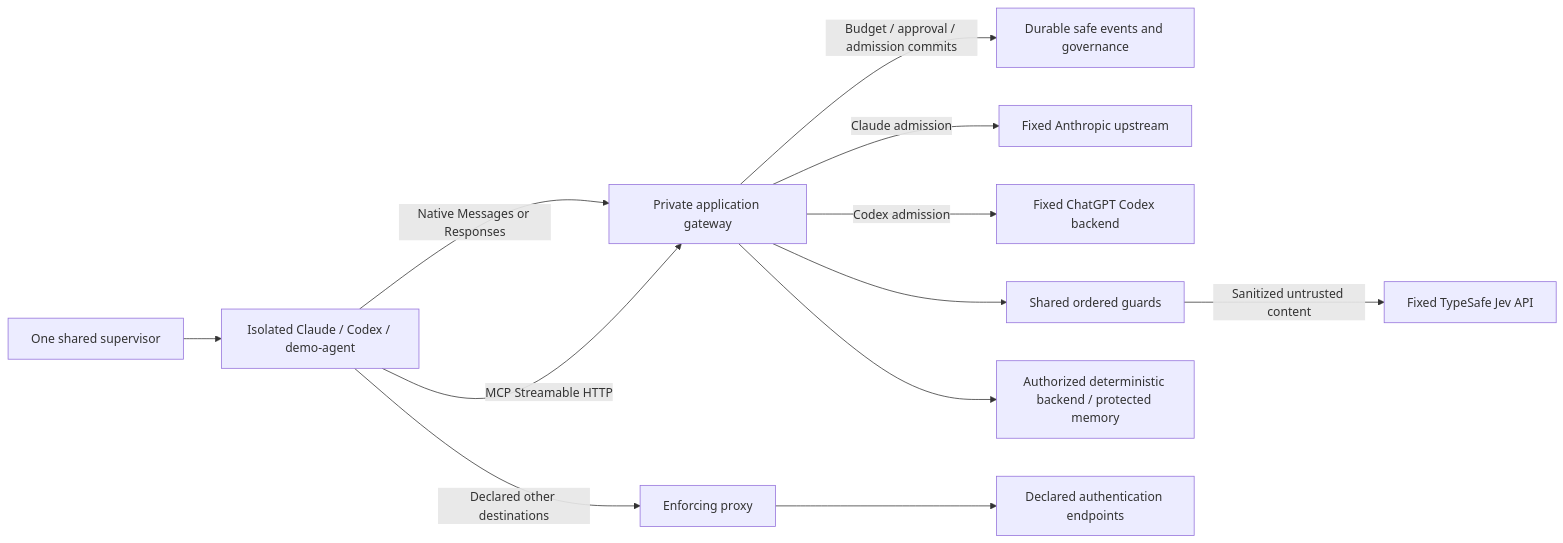
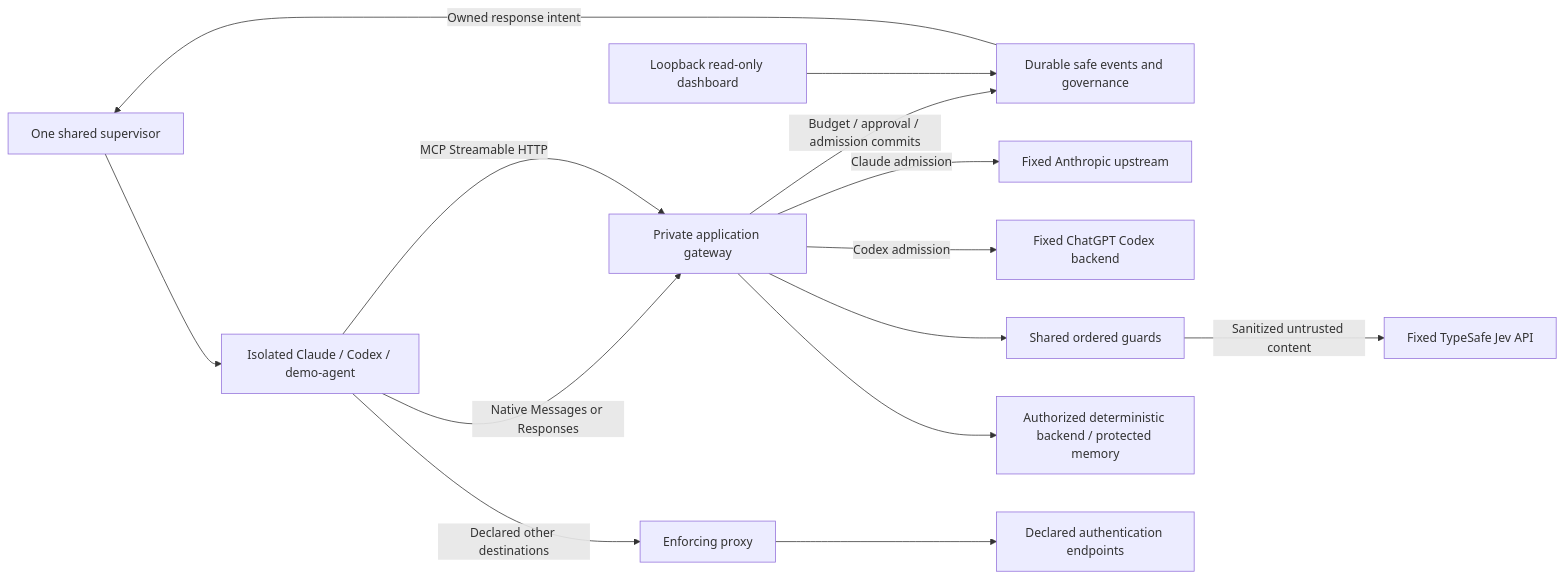
The first of 2 diagrams in ARCHITECTURE.md (dmitrykitty/ai-ctrl), drawn with Mermaid before and after one commit. The commit also changed other lines of this file and 15 other files, not shown here.

````diff
--- a/ARCHITECTURE.md
+++ b/ARCHITECTURE.md
@@ -7,14 +7,16 @@
 ```mermaid
 flowchart LR
     Host[One shared supervisor] --> Agent[Isolated Claude / Codex / demo-agent]
     Agent -->|Native Messages or Responses| Gateway[Private application gateway]
     Agent -->|Declared other destinations| Proxy[Enforcing proxy]
     Gateway -->|Budget / approval / admission commits| SQLite[Durable safe events and governance]
     Gateway -->|Claude admission| Anthropic[Fixed Anthropic upstream]
     Gateway -->|Codex admission| ChatGPT[Fixed ChatGPT Codex backend]
     Agent -->|MCP Streamable HTTP| Gateway
     Gateway --> Guards[Shared ordered guards]
     Guards -->|Sanitized untrusted content| Jev[Fixed TypeSafe Jev API]
     Gateway --> MCP[Authorized deterministic backend / protected memory]
     Proxy --> Auth[Declared authentication endpoints]
+    Dashboard[Loopback read-only dashboard] --> SQLite
+    SQLite -->|Owned response intent| Host
 ```
````
